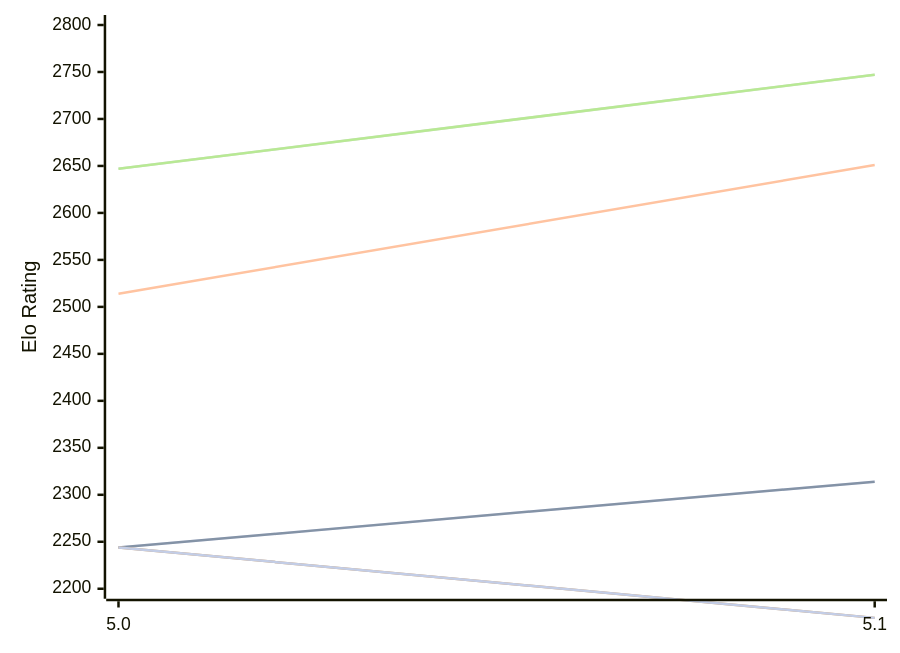
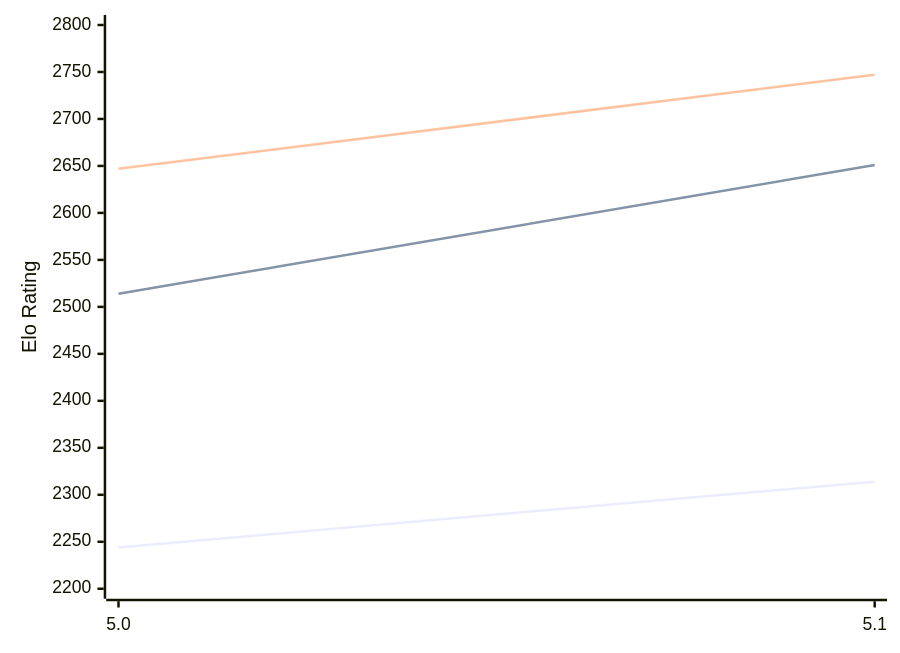
Before and after one commit to computer-chess-index/cci: the diagram in engines/Dorky.md, drawn with Mermaid. The commit also changed other lines of this file, not shown here.

````diff
--- a/engines/Dorky.md
+++ b/engines/Dorky.md
@@ -48,13 +48,9 @@
 ```mermaid
 %%{init: {"theme":"base","themeVariables":{"seriesColors:['#a3a3a3','#222221','#faa371']}}}%%
 xychart-beta
   x-axis ["5.0", "5.1"]
   y-axis "Elo Rating" 2200 --> 2800
-  line "" [2244, 2314]
   line "T1: STC (8.0+0.08s)" [2244, 2314]
   line "T1: LTC (60.0+0.60s)" [2514, 2651]
-  line "" [2647, 2747]
   line "T1: VLTC (2m24s+1.12s)" [2647, 2747]
-  line "" [2244,2169]
-  line "E1: STC (8.0+0.08s)" [2244,2169]
 ```
````
